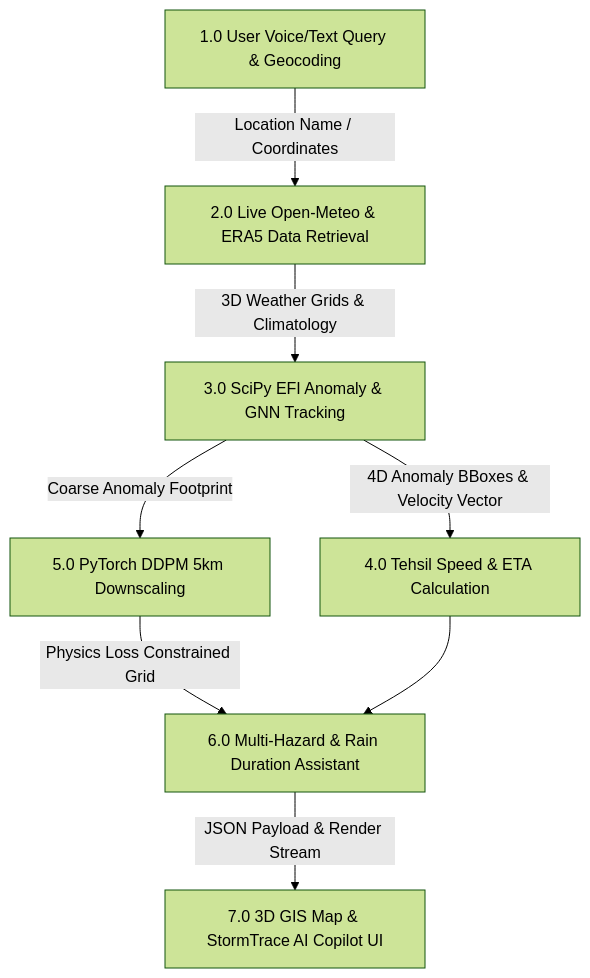
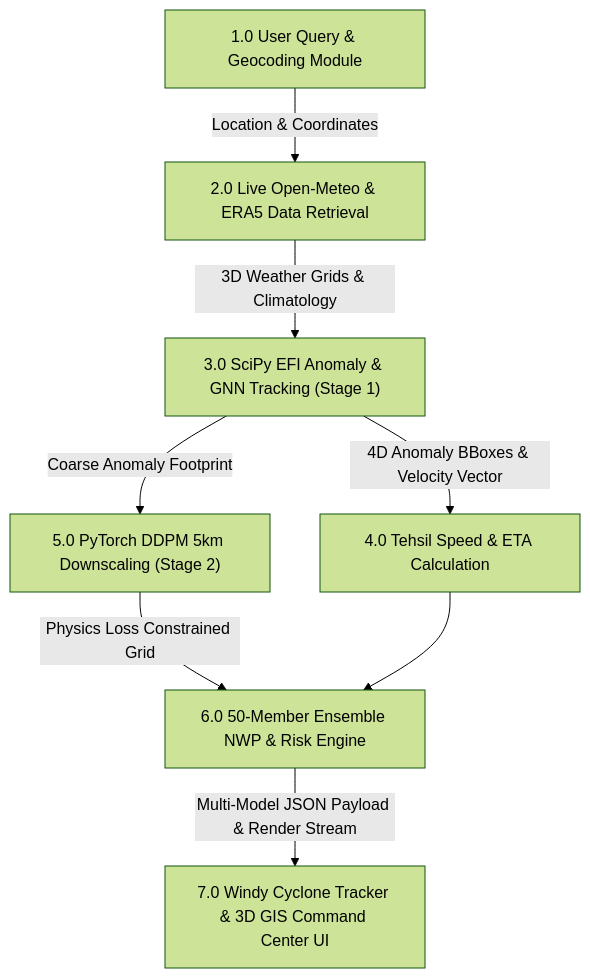
The third of 4 diagrams in README.md (Alokzhan/wheatherSIH), drawn with Mermaid (forest theme) before and after one commit. The commit also changed other lines of this file and 14 other files, not shown here.

Commit message:
feat: Add Windy Cyclone Tracker, update SIH26078 scientific status, DFD diagrams and model checkpoints

````diff
--- a/README.md
+++ b/README.md
@@ -180,10 +183,10 @@
 ```mermaid
 graph TD
-    P1["1.0 User Voice/Text Query & Geocoding"] -->|Location Name / Coordinates| P2["2.0 Live Open-Meteo & ERA5 Data Retrieval"]
-    P2 -->|3D Weather Grids & Climatology| P3["3.0 SciPy EFI Anomaly & GNN Tracking"]
+    P1["1.0 User Query & Geocoding Module"] -->|Location & Coordinates| P2["2.0 Live Open-Meteo & ERA5 Data Retrieval"]
+    P2 -->|3D Weather Grids & Climatology| P3["3.0 SciPy EFI Anomaly & GNN Tracking (Stage 1)"]
     P3 -->|4D Anomaly BBoxes & Velocity Vector| P4["4.0 Tehsil Speed & ETA Calculation"]
-    P3 -->|Coarse Anomaly Footprint| P5["5.0 PyTorch DDPM 5km Downscaling"]
-    P5 -->|Physics Loss Constrained Grid| P6["6.0 Multi-Hazard & Rain Duration Assistant"]
+    P3 -->|Coarse Anomaly Footprint| P5["5.0 PyTorch DDPM 5km Downscaling (Stage 2)"]
+    P5 -->|Physics Loss Constrained Grid| P6["6.0 50-Member Ensemble NWP & Risk Engine"]
     P4 --> P6
-    P6 -->|JSON Payload & Render Stream| P7["7.0 3D GIS Map & StormTrace AI Copilot UI"]
+    P6 -->|Multi-Model JSON Payload & Render Stream| P7["7.0 Windy Cyclone Tracker & 3D GIS Command Center UI"]
 ```
````
